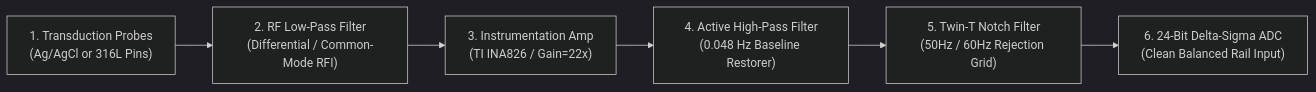
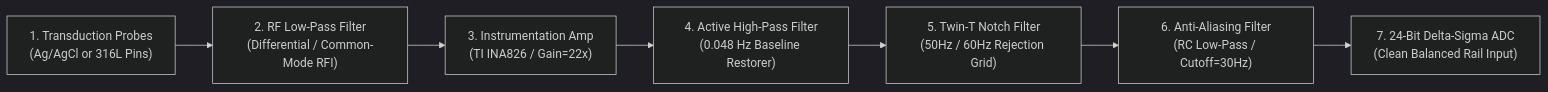
Before and after one commit to FrequencyProject/The-Frequency-Project: the diagram in HARDWARE_BLUEPRINT.md, drawn with Mermaid (dark theme). The commit also changed other lines of this file, not shown here.

````diff
--- a/HARDWARE_BLUEPRINT.md
+++ b/HARDWARE_BLUEPRINT.md
@@ -10,8 +10,9 @@
 ```mermaid
 graph LR
     A["1. Transduction Probes<br>(Ag/AgCl or 316L Pins)"] --> B["2. RF Low-Pass Filter<br>(Differential / Common-Mode RFI)"]
     B --> C["3. Instrumentation Amp<br>(TI INA826 / Gain=22x)"]
     C --> D["4. Active High-Pass Filter<br>(0.048 Hz Baseline Restorer)"]
     D --> E["5. Twin-T Notch Filter<br>(50Hz / 60Hz Rejection Grid)"]
-    E --> F["6. 24-Bit Delta-Sigma ADC<br>(Clean Balanced Rail Input)"]
+    E --> F["6. Anti-Aliasing Filter<br>(RC Low-Pass / Cutoff=30Hz)"]
+    F --> G["7. 24-Bit Delta-Sigma ADC<br>(Clean Balanced Rail Input)"]
 ```
````
